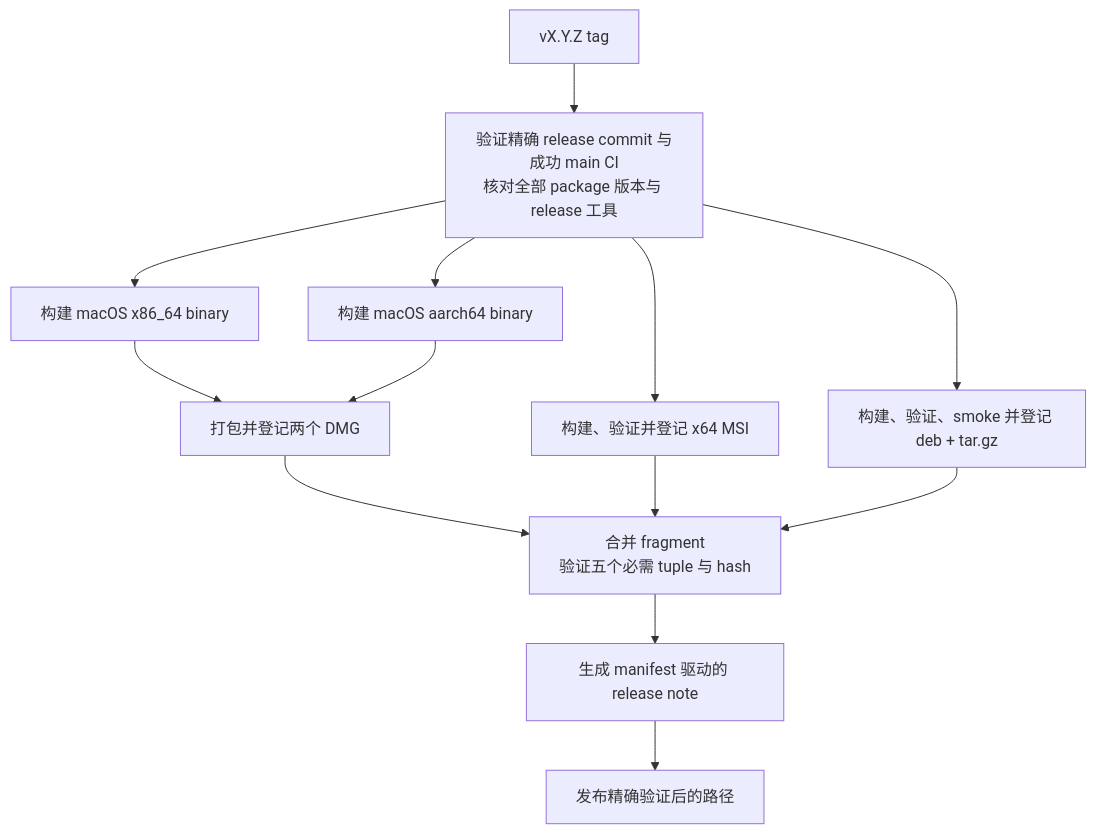
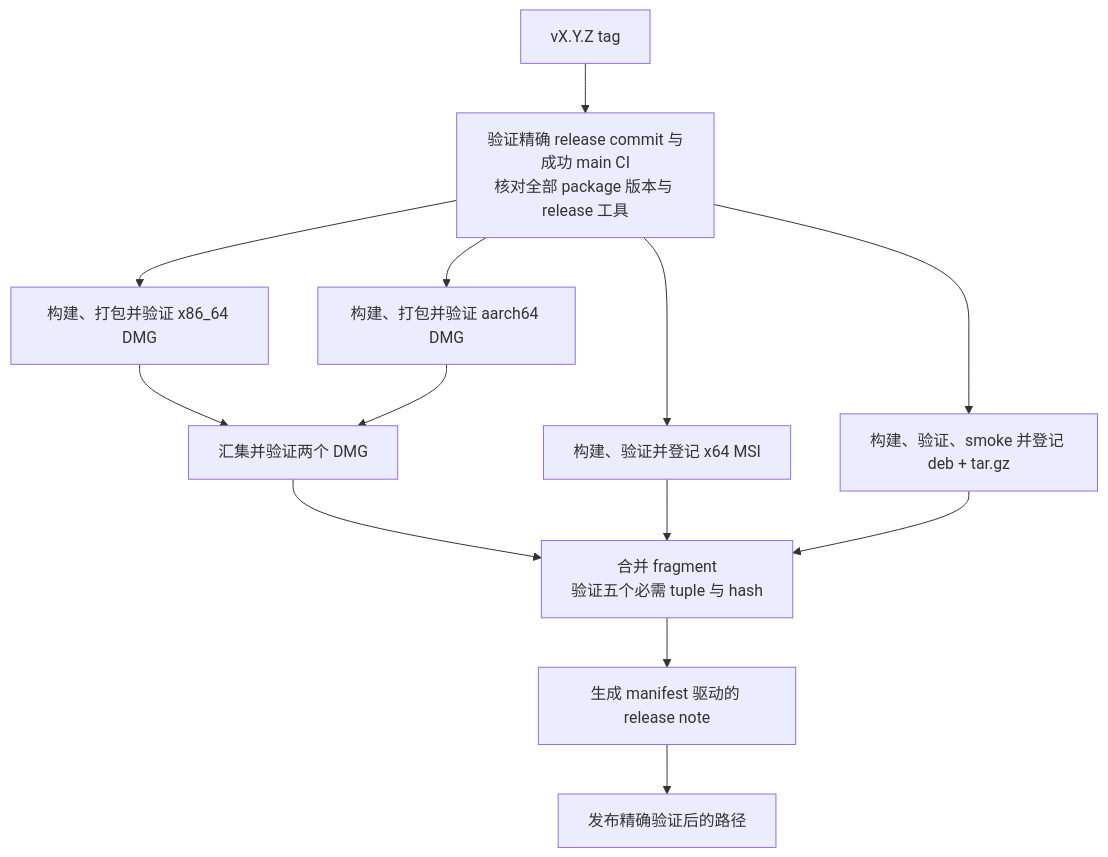
Before and after one commit to D0n9X1n/SonicTerm: the second of 2 diagrams in wiki/Development-and-Release.md, drawn with Mermaid. The commit also changed other lines of this file and 16 other files, not shown here.

````diff
--- a/wiki/Development-and-Release.md
+++ b/wiki/Development-and-Release.md
@@ -906,25 +918,25 @@
 ```mermaid
 flowchart TD
     tag["vX.Y.Z tag"]
     validate["验证精确 release commit 与成功 main CI<br/>核对全部 package 版本与 release 工具"]
-    macx["构建 macOS x86_64 binary"]
-    maca["构建 macOS aarch64 binary"]
-    dmg["打包并登记两个 DMG"]
+    macx["构建、打包并验证 x86_64 DMG"]
+    maca["构建、打包并验证 aarch64 DMG"]
+    dmg["汇集并验证两个 DMG"]
     msi["构建、验证并登记 x64 MSI"]
     linux["构建、验证、smoke 并登记 deb + tar.gz"]
     manifest["合并 fragment<br/>验证五个必需 tuple 与 hash"]
     notes["生成 manifest 驱动的 release note"]
     publish["发布精确验证后的路径"]
 
     tag --> validate
     validate --> macx
     validate --> maca
     validate --> msi
     validate --> linux
     macx --> dmg
     maca --> dmg
     dmg --> manifest
     msi --> manifest
     linux --> manifest
     manifest --> notes --> publish
 ```
````
